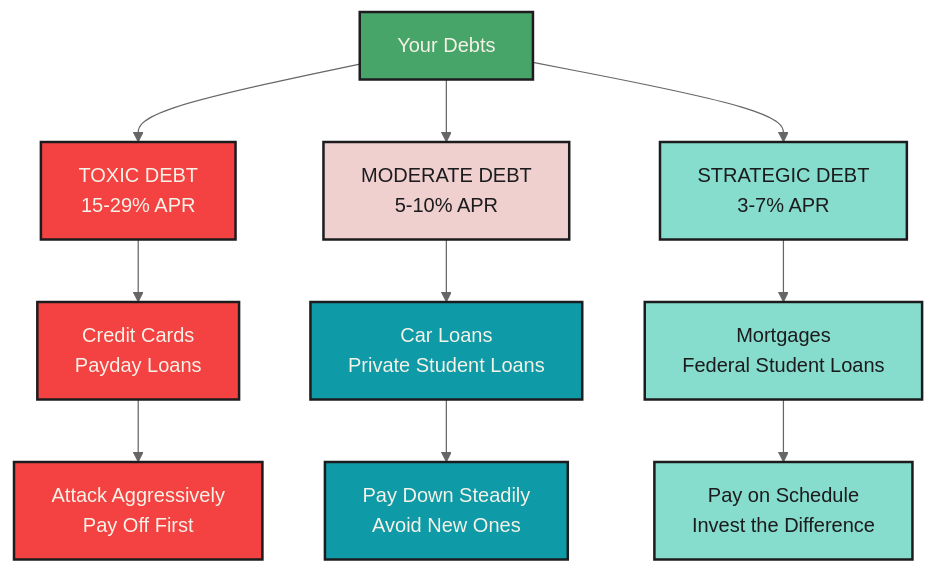
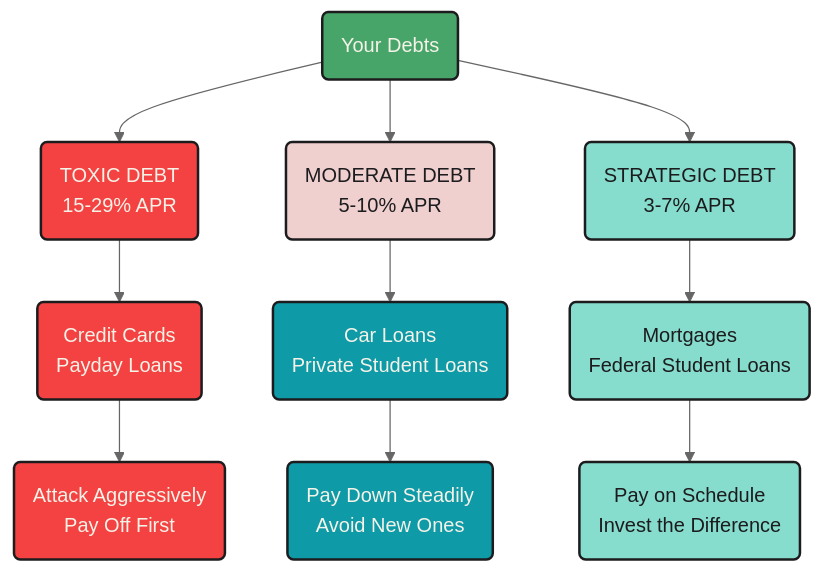
One commit to mjfrigaard/fm-finance changed the first of 7 diagrams in managing_debt.qmd. Above: the diagram before and after it, drawn with Mermaid. The commit also changed other lines of this file and 20 other files, not shown here.

Commit message:
updates to mermaid diagrams

````diff
--- a/managing_debt.qmd
+++ b/managing_debt.qmd
@@ -38,28 +24,28 @@
 ```{mermaid}
 %%| fig-cap: 'Know Your Enemy'
 %%| fig-align: center
-%%{init: {'theme': 'neutral', 'themeVariables': { 'fontFamily': 'monospace', "fontSize":"16px"}}}%%
+%%{init: {'theme': 'neutral', 'themeVariables': { 'fontFamily': 'monospace', "darkMode":false, "fontSize":"16px"}}}%%
 
 flowchart TD
-    AllDebt[Your Debts] --> Toxic[TOXIC DEBT<br>15-29% APR]
-    AllDebt --> Moderate[MODERATE DEBT<br>5-10% APR]
-    AllDebt --> Strategic[STRATEGIC DEBT<br>3-7% APR]
+    AllDebt("Your Debts") --> Toxic("TOXIC DEBT<br>15-29% APR")
+    AllDebt --> Moderate("MODERATE DEBT<br>5-10% APR")
+    AllDebt --> Strategic("STRATEGIC DEBT<br>3-7% APR")
 
-    Toxic --> CreditCards[Credit Cards<br>Payday Loans]
-    Moderate --> CarLoans[Car Loans<br>Private Student Loans]
-    Strategic --> Mortgages[Mortgages<br>Federal Student Loans]
+    Toxic --> CreditCards("Credit Cards<br>Payday Loans")
+    Moderate --> CarLoans("Car Loans<br>Private Student Loans")
+    Strategic --> Mortgages("Mortgages<br>Federal Student Loans")
 
-    CreditCards --> Attack1[Attack Aggressively<br>Pay Off First]
-    CarLoans --> Attack2[Pay Down Steadily<br>Avoid New Ones]
-    Mortgages --> Attack3[Pay on Schedule<br>Invest the Difference]
+    CreditCards --> Attack1("Attack Aggressively<br>Pay Off First")
+    CarLoans --> Attack2("Pay Down Steadily<br>Avoid New Ones")
+    Mortgages --> Attack3("Pay on Schedule<br>Invest the Difference")
     style AllDebt fill:#48a56a,color:#F5F2E8,stroke:#1C1C1E,stroke-width:2px
     style Toxic fill:#f44242,color:#F5F2E8,stroke:#1C1C1E,stroke-width:2px
     style Moderate fill:#f0cfcf,color:#1C1C1E,stroke:#1C1C1E,stroke-width:2px
     style Strategic fill:#86ddcd,color:#1C1C1E,stroke:#1C1C1E,stroke-width:2px
     style CreditCards fill:#f44242,color:#F5F2E8,stroke:#1C1C1E,stroke-width:2px
     style CarLoans fill:#0e9aa7,color:#F5F2E8,stroke:#1C1C1E,stroke-width:2px
     style Mortgages fill:#86ddcd,color:#1C1C1E,stroke:#1C1C1E,stroke-width:2px
     style Attack1 fill:#f44242,color:#F5F2E8,stroke:#1C1C1E,stroke-width:2px
     style Attack2 fill:#0e9aa7,color:#F5F2E8,stroke:#1C1C1E,stroke-width:2px
     style Attack3 fill:#86ddcd,color:#1C1C1E,stroke:#1C1C1E,stroke-width:2px
 ```
````
